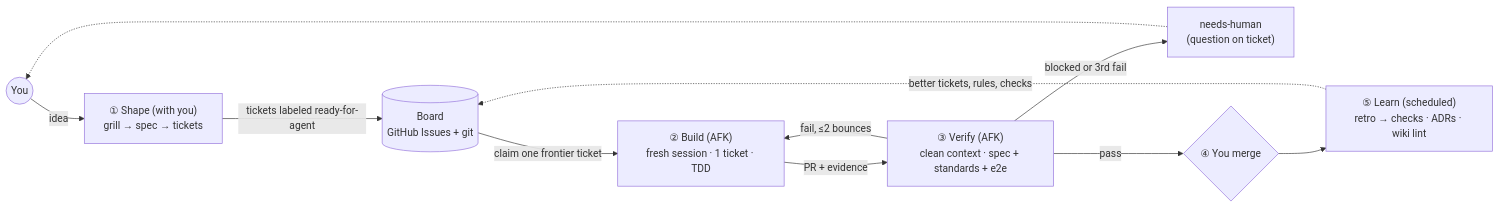
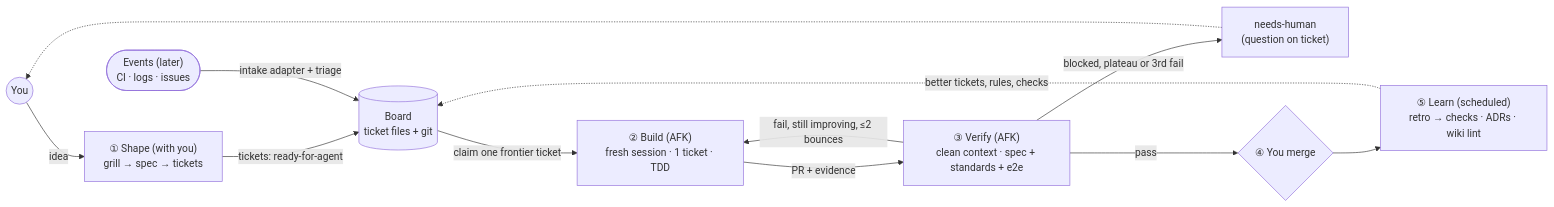
The diagram in PROPOSAL.md (rylyk/agents), drawn with Mermaid before and after one commit. The commit also changed other lines of this file, not shown here.

````diff
--- a/PROPOSAL.md
+++ b/PROPOSAL.md
@@ -85,13 +86,14 @@
 ```mermaid
 flowchart LR
   you((You)) -->|idea| shape["① Shape (with you)<br/>grill → spec → tickets"]
-  shape -->|tickets labeled ready-for-agent| board[("Board<br/>GitHub Issues + git")]
+  shape -->|tickets: ready-for-agent| board[("Board<br/>ticket files + git")]
+  events(["Events (later)<br/>CI · logs · issues"]) -->|intake adapter + triage| board
   board -->|claim one frontier ticket| build["② Build (AFK)<br/>fresh session · 1 ticket · TDD"]
   build -->|PR + evidence| verify["③ Verify (AFK)<br/>clean context · spec + standards + e2e"]
-  verify -->|fail, ≤2 bounces| build
-  verify -->|blocked or 3rd fail| human["needs-human<br/>(question on ticket)"]
+  verify -->|fail, still improving, ≤2 bounces| build
+  verify -->|blocked, plateau or 3rd fail| human["needs-human<br/>(question on ticket)"]
   verify -->|pass| merge{"④ You merge"}
   merge --> learn["⑤ Learn (scheduled)<br/>retro → checks · ADRs · wiki lint"]
   learn -.->|better tickets, rules, checks| board
   human -.-> you
 ```
````
